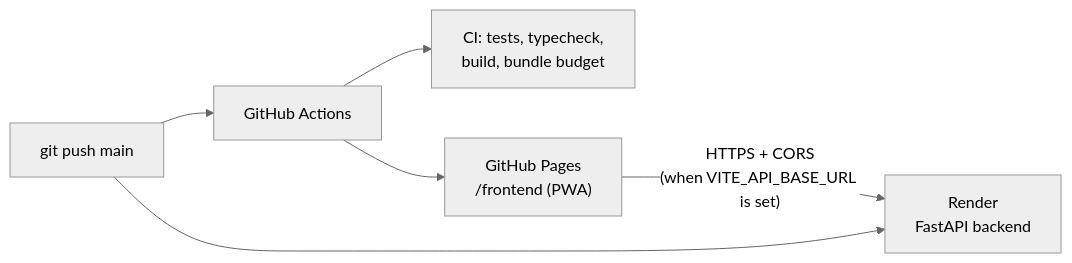
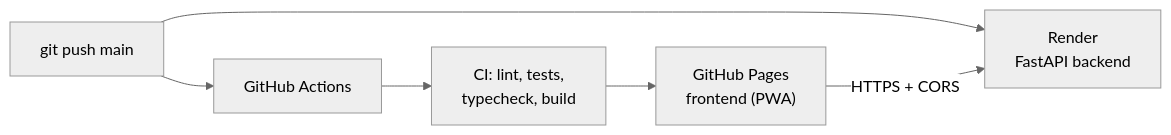
Before and after one commit to es-ratt/edibyte: the fifth of 6 diagrams in README.md, drawn with Mermaid (neutral theme). The commit also changed other lines of this file, not shown here.

````diff
--- a/README.md
+++ b/README.md
@@ -372,8 +368,8 @@
 ```mermaid
 flowchart LR
     Dev["git push main"] --> GA["GitHub Actions"]
-    GA --> CI["CI: tests, typecheck,<br/>build, bundle budget"]
-    GA --> GP["GitHub Pages<br/>/frontend (PWA)"]
+    GA --> CI["CI: lint, tests,<br/>typecheck, build"]
+    CI --> GP["GitHub Pages<br/>frontend (PWA)"]
     Dev --> R["Render<br/>FastAPI backend"]
-    GP -->|"HTTPS + CORS<br/>(when VITE_API_BASE_URL is set)"| R
+    GP -->|"HTTPS + CORS"| R
 ```
````
